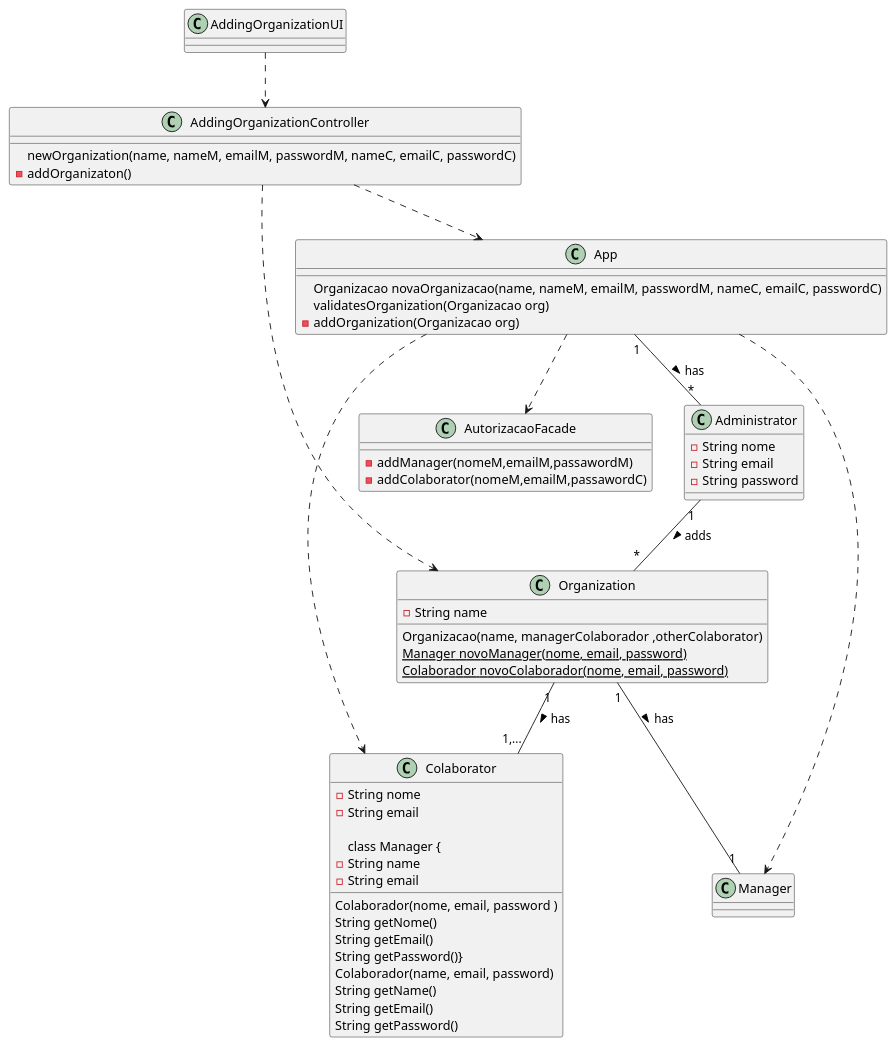
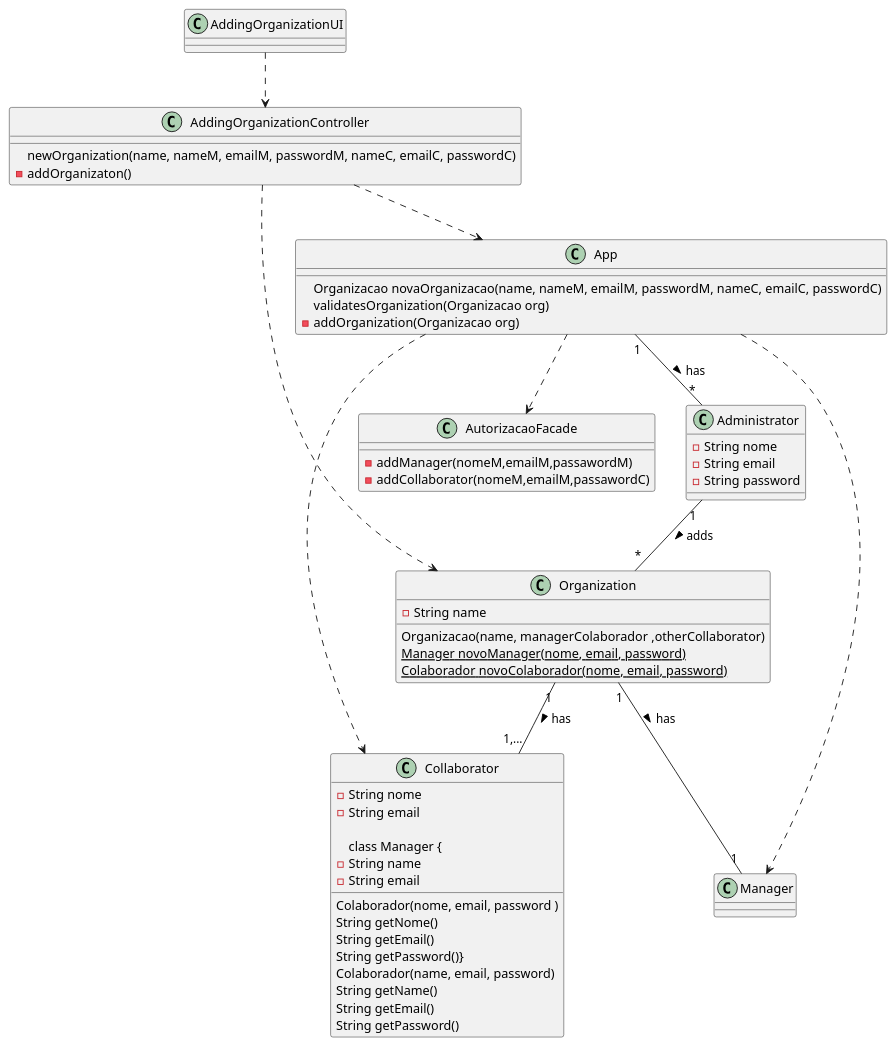
One commit to botelho-io/lapr2-2020-g029 changed the diagram in docs/UC_08/UC08_CD.puml. Above: the diagram before and after it, drawn with PlantUML. The commit also changed 23 other files, not shown here.

Commit message:
Colaborator -> Collaborator [Implementation]

```diff
--- a/docs/UC_08/UC08_CD.puml
+++ b/docs/UC_08/UC08_CD.puml
@@ -1,64 +1,64 @@
 @startuml
 
-class Colaborator {
+class Collaborator {
   -String nome
   -String email
   Colaborador(nome, email, password )
   String getNome()
   String getEmail()
   String getPassword()}
 
 class Manager {
   -String name
   -String email
   Colaborador(name, email, password)
   String getName()
   String getEmail()
   String getPassword()
 }
 
 class Administrator {
 - String nome
 - String email
 - String password
 }
 
 class Organization {
   -String name
-  Organizacao(name, managerColaborador ,otherColaborator)
+  Organizacao(name, managerColaborador ,otherCollaborator)
   {static} Manager novoManager(nome, email, password)
   {static} Colaborador novoColaborador(nome, email, password)
 }
 
 class App {
   
   Organizacao novaOrganizacao(name, nameM, emailM, passwordM, nameC, emailC, passwordC)
   validatesOrganization(Organizacao org)
   - addOrganization(Organizacao org) 
 }
 
 class AutorizacaoFacade {
    - addManager(nomeM,emailM,passawordM)
-   - addColaborator(nomeM,emailM,passawordC)
+   - addCollaborator(nomeM,emailM,passawordC)
 }
 
 class AddingOrganizationController {
     newOrganization(name, nameM, emailM, passwordM, nameC, emailC, passwordC)
    - addOrganizaton()
 }
 
 class AddingOrganizationUI {
 }
 
 AddingOrganizationUI ..> AddingOrganizationController
 AddingOrganizationController ..> App
 AddingOrganizationController ..> Organization
-App ..> Colaborator
+App ..> Collaborator
 App ..> Manager
 App ..> AutorizacaoFacade
-Organization                 "1" -- "1,..."  Colaborator    : has >
+Organization                 "1" -- "1,..."  Collaborator    : has >
 Organization                 "1" -- "1"      Manager        : has >
 Administrator                "1" -- "*"      Organization   : adds >
 App                          "1" -- "*"      Administrator  : has >
 
 @enduml
```
